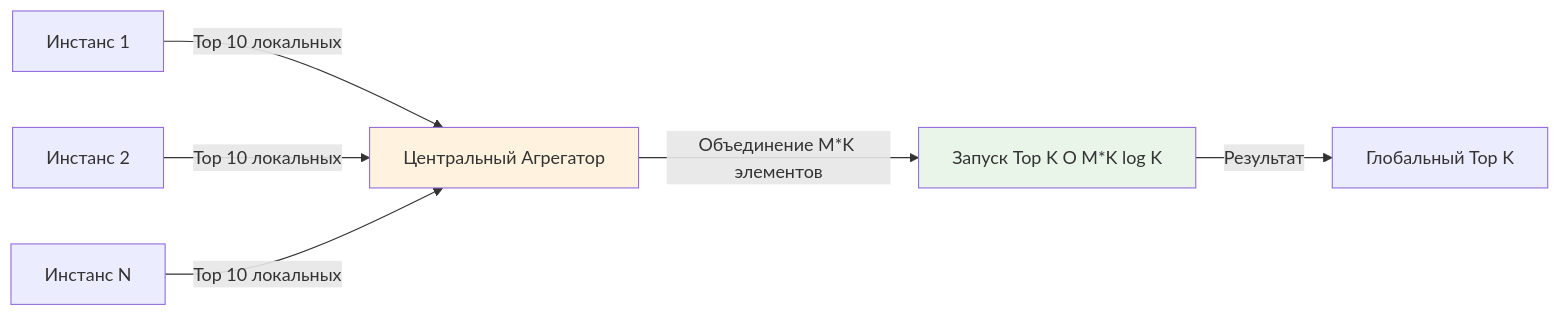
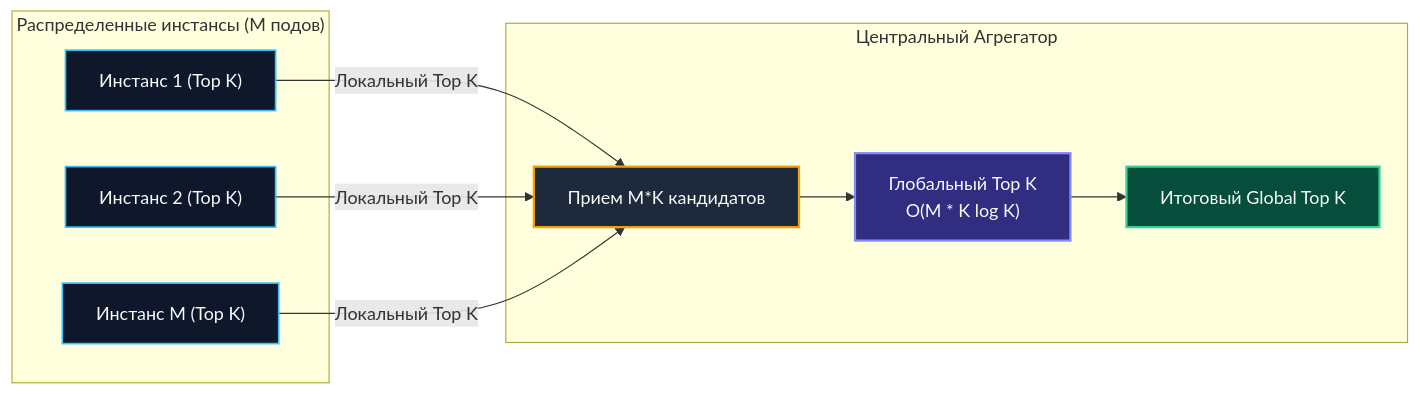
One commit to UnrealTemplier/go-textbook changed the second of 2 diagrams in sources/20. Алгоритмы и структуры данных (DSA) на Go/06. Кучи и приоритетные очереди/5. Задачи Top K элементов.md. Above: the diagram before and after it, drawn with Mermaid. The commit also changed other lines of this file, not shown here.

Commit message:
feat(module-20): editorial rewrite of 06.5 Top K problems in Kernighan style

````diff
--- a/sources/20. Алгоритмы и структуры данных (DSA) на Go/06. Кучи и приоритетные очереди/5. Задачи Top K элементов.md
+++ b/sources/20. Алгоритмы и структуры данных (DSA) на Go/06. Кучи и приоритетные очереди/5. Задачи Top K элементов.md
@@ -191,12 +271,31 @@
 ```mermaid
 flowchart LR
-    P1["Инстанс 1"] -->|Top 10 локальных| Agg["Центральный Агрегатор"]
-    P2["Инстанс 2"] -->|Top 10 локальных| Agg
-    P3["Инстанс N"] -->|Top 10 локальных| Agg
-    
-    Agg -->|Объединение M*K элементов| Heap["Запуск Top K O M*K log K"]
-    Heap -->|Результат| Out["Глобальный Top K"]
-    
-    style Agg fill:#fff3e0
-    style Heap fill:#e8f5e8
+    subgraph Pods["Распределенные инстансы (M подов)"]
+        P1["Инстанс 1 (Top K)"]
+        P2["Инстанс 2 (Top K)"]
+        P3["Инстанс M (Top K)"]
+    end
+
+    subgraph Central["Центральный Агрегатор"]
+        Agg["Прием M*K кандидатов"]
+        Heap["Глобальный Top K<br/>O(M * K log K)"]
+        Out["Итоговый Global Top K"]
+    end
+
+    P1 -->|"Локальный Top K"| Agg
+    P2 -->|"Локальный Top K"| Agg
+    P3 -->|"Локальный Top K"| Agg
+
+    Agg --> Heap
+    Heap --> Out
+
+    classDef podBox fill:#0f172a,stroke:#38bdf8,stroke-width:1.5px,color:#f8fafc;
+    classDef aggBox fill:#1e293b,stroke:#f59e0b,stroke-width:2px,color:#f8fafc;
+    classDef heapBox fill:#312e81,stroke:#818cf8,stroke-width:2px,color:#f8fafc;
+    classDef outBox fill:#064e3b,stroke:#34d399,stroke-width:2px,color:#f8fafc;
+
+    class P1,P2,P3 podBox;
+    class Agg aggBox;
+    class Heap heapBox;
+    class Out outBox;
 ```
````
